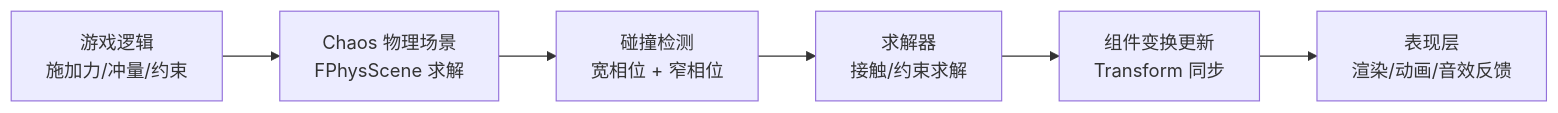
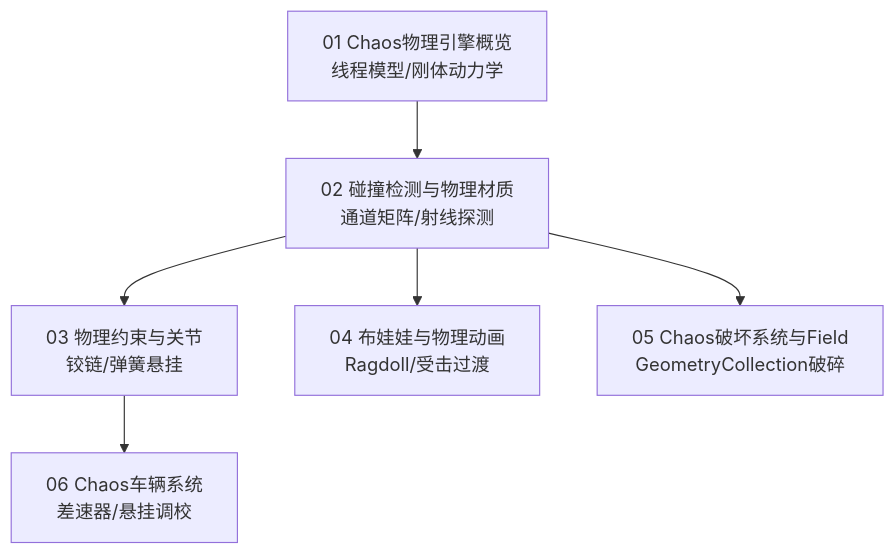
The diagram in 游戏知识/09-物理系统/README.md (fantuan812/learning), drawn with Mermaid before and after one commit. The commit also changed other lines of this file and 38 other files, not shown here.

````diff
--- a/游戏知识/09-物理系统/README.md
+++ b/游戏知识/09-物理系统/README.md
@@ -20,8 +43,8 @@
 ```mermaid
-flowchart LR
-    A[游戏逻辑<br/>施加力/冲量/约束] --> B[Chaos 物理场景<br/>FPhysScene 求解]
-    B --> C[碰撞检测<br/>宽相位 + 窄相位]
-    C --> D[求解器<br/>接触/约束求解]
-    D --> E[组件变换更新<br/>Transform 同步]
-    E --> F[表现层<br/>渲染/动画/音效反馈]
+flowchart TD
+    A[01 Chaos物理引擎概览<br/>线程模型/刚体动力学] --> B[02 碰撞检测与物理材质<br/>通道矩阵/射线探测]
+    B --> C[03 物理约束与关节<br/>铰链/弹簧悬挂]
+    B --> D[04 布娃娃与物理动画<br/>Ragdoll/受击过渡]
+    C --> E[06 Chaos车辆系统<br/>差速器/悬挂调校]
+    B --> F[05 Chaos破坏系统与Field<br/>GeometryCollection破碎]
 ```
````
